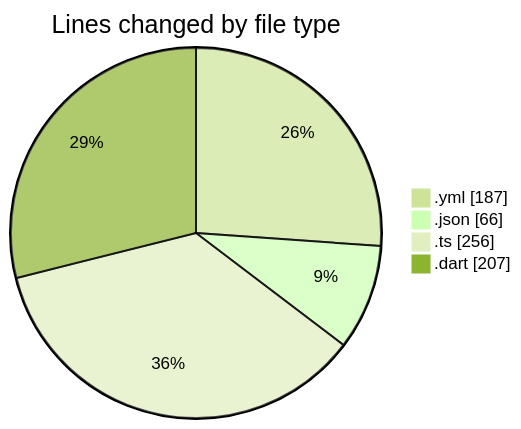
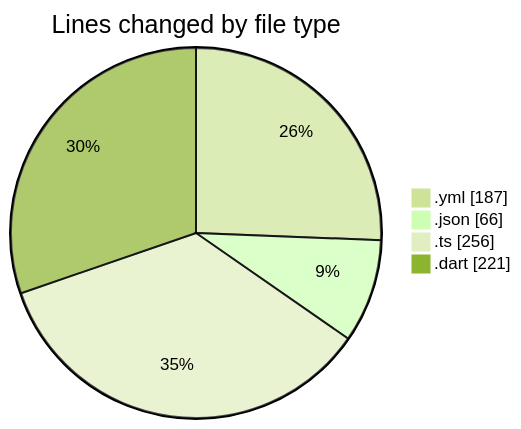
One commit to donsfak/code-tracking changed the first of 2 diagrams in 2025-02-10/maps_clone/README.md. Above: the diagram before and after it, drawn with Mermaid (forest theme). The commit also changed other lines of this file and 1 other file, not shown here.

````diff
--- a/2025-02-10/maps_clone/README.md
+++ b/2025-02-10/maps_clone/README.md
@@ -27,8 +27,8 @@
 ```mermaid
 pie showData
 title Lines changed by file type
 ".yml" : 187
 ".json" : 66
 ".ts" : 256
-".dart" : 207
+".dart" : 221
 ```
````
